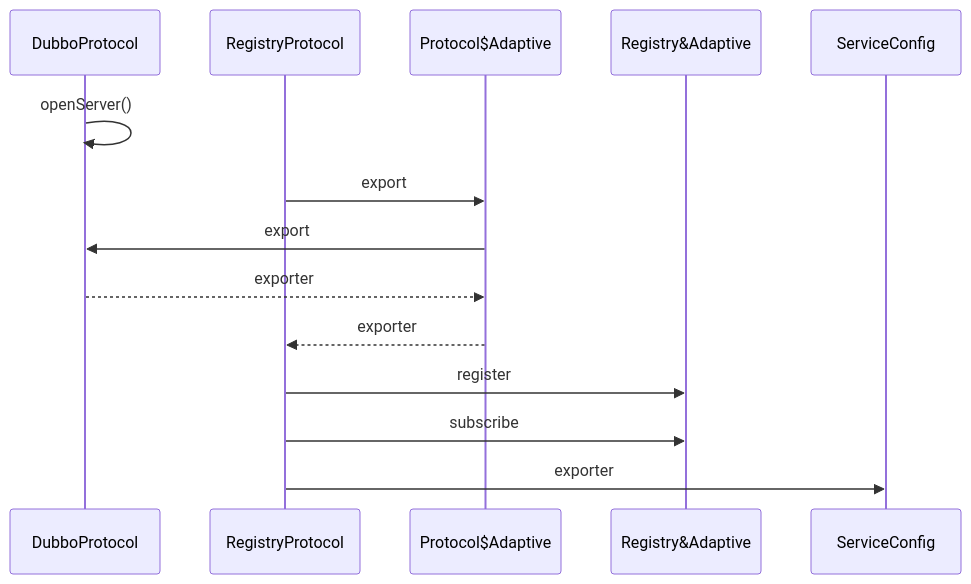
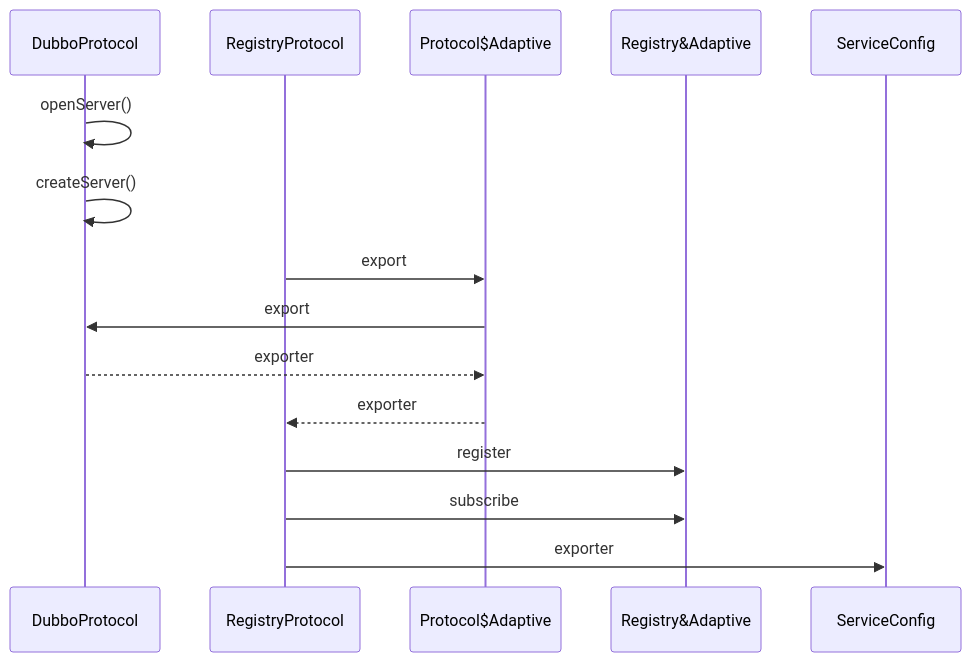
The second of 2 diagrams in dubbo/dubbo.md (zhudongdong/docs), drawn with Mermaid before and after one commit. The commit also changed other lines of this file, not shown here.

Commit message:
Uploaded by https://stackedit.io/

````diff
--- a/dubbo/dubbo.md
+++ b/dubbo/dubbo.md
@@ -157,12 +157,14 @@
 ```mermaid
 sequenceDiagram
 DubboProtocol ->> DubboProtocol: openServer()
+DubboProtocol ->> DubboProtocol: createServer()
+
 RegistryProtocol->>Protocol$Adaptive: export
 Protocol$Adaptive->> DubboProtocol: export
 DubboProtocol-->> Protocol$Adaptive:exporter
 Protocol$Adaptive-->> RegistryProtocol:exporter
 RegistryProtocol->>Registry&Adaptive:register
 RegistryProtocol->>Registry&Adaptive:subscribe
 RegistryProtocol->>ServiceConfig:exporter
 
 ```
````
